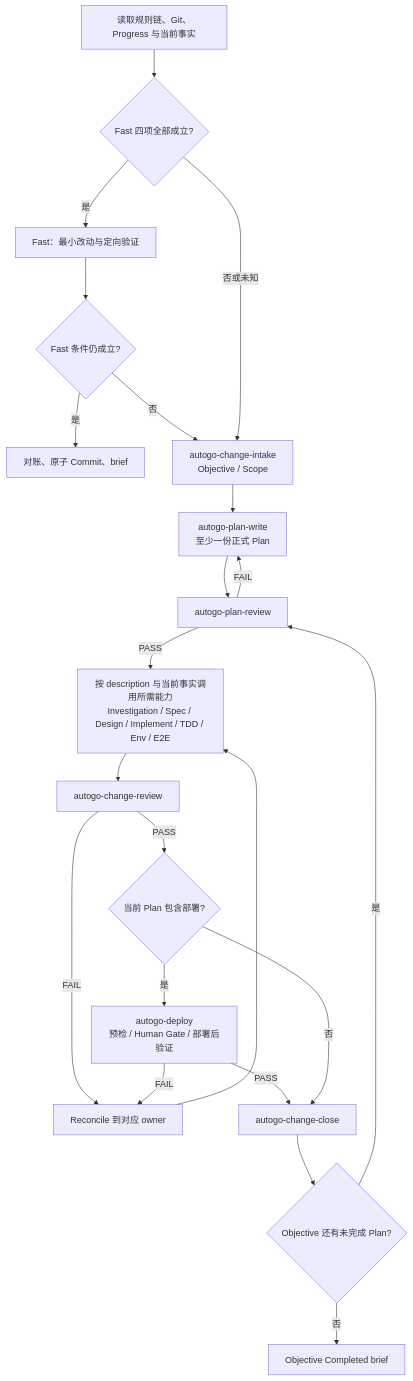
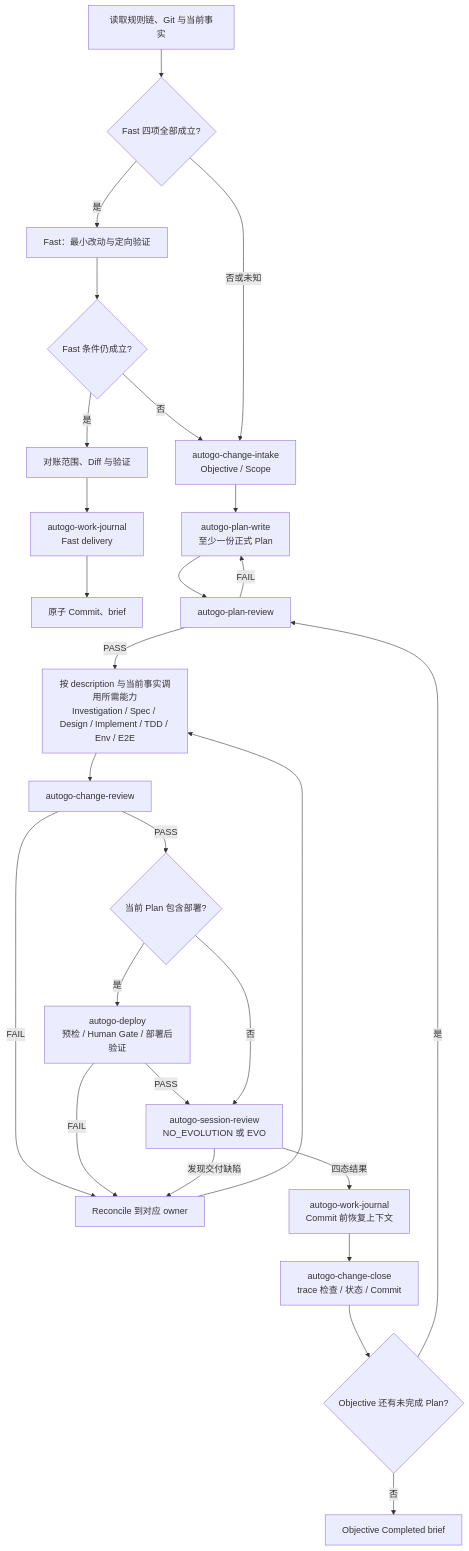
The diagram in AGENTS.md (monshunter/askme), drawn with Mermaid before and after one commit. The commit also changed other lines of this file and 41 other files, not shown here.

Commit message:
fix(harness): close EVO-001 migration

````diff
--- a/AGENTS.md
+++ b/AGENTS.md
@@ -173,23 +175,28 @@
 ```mermaid
 flowchart TD
-  O["读取规则链、Git、Progress 与当前事实"] --> R{"Fast 四项全部成立?"}
+  O["读取规则链、Git 与当前事实"] --> R{"Fast 四项全部成立?"}
   R -->|"是"| F["Fast：最小改动与定向验证"]
   F --> FU{"Fast 条件仍成立?"}
-  FU -->|"是"| FB["对账、原子 Commit、brief"]
+  FU -->|"是"| FR["对账范围、Diff 与验证"]
+  FR --> FJ["autogo-work-journal<br/>Fast delivery"]
+  FJ --> FB["原子 Commit、brief"]
   FU -->|"否"| I
   R -->|"否或未知"| I["autogo-change-intake<br/>Objective / Scope"]
   I --> PW["autogo-plan-write<br/>至少一份正式 Plan"]
   PW --> PR["autogo-plan-review"]
   PR -->|"FAIL"| PW
   PR -->|"PASS"| A["按 description 与当前事实调用所需能力<br/>Investigation / Spec / Design / Implement / TDD / Env / E2E"]
   A --> CR["autogo-change-review"]
   CR -->|"FAIL"| REC["Reconcile 到对应 owner"] --> A
   CR -->|"PASS"| D{"当前 Plan 包含部署?"}
   D -->|"是"| DEP["autogo-deploy<br/>预检 / Human Gate / 部署后验证"]
   DEP -->|"FAIL"| REC
-  DEP -->|"PASS"| CL["autogo-change-close"]
-  D -->|"否"| CL
+  DEP -->|"PASS"| SR["autogo-session-review<br/>NO_EVOLUTION 或 EVO"]
+  D -->|"否"| SR
+  SR -->|"发现交付缺陷"| REC
+  SR -->|"四态结果"| J["autogo-work-journal<br/>Commit 前恢复上下文"]
+  J --> CL["autogo-change-close<br/>trace 检查 / 状态 / Commit"]
   CL --> N{"Objective 还有未完成 Plan?"}
   N -->|"是"| PR
   N -->|"否"| DONE["Objective Completed brief"]
 ```
````
